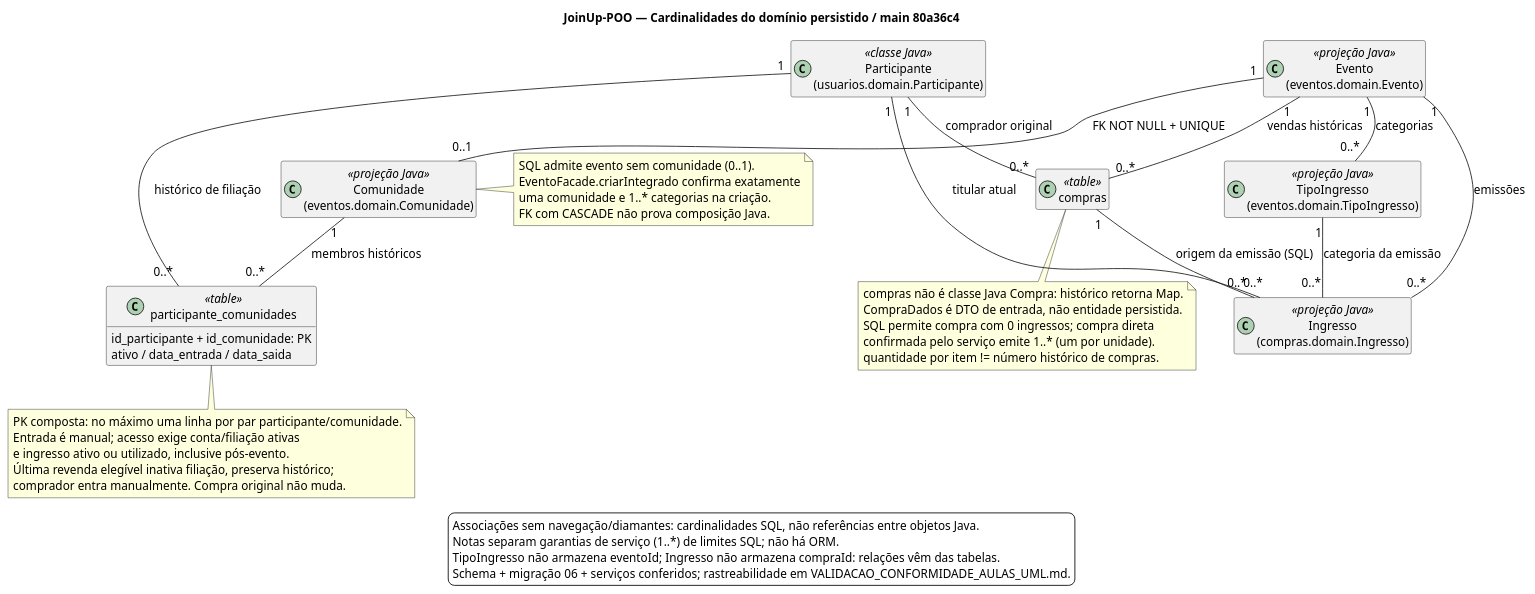
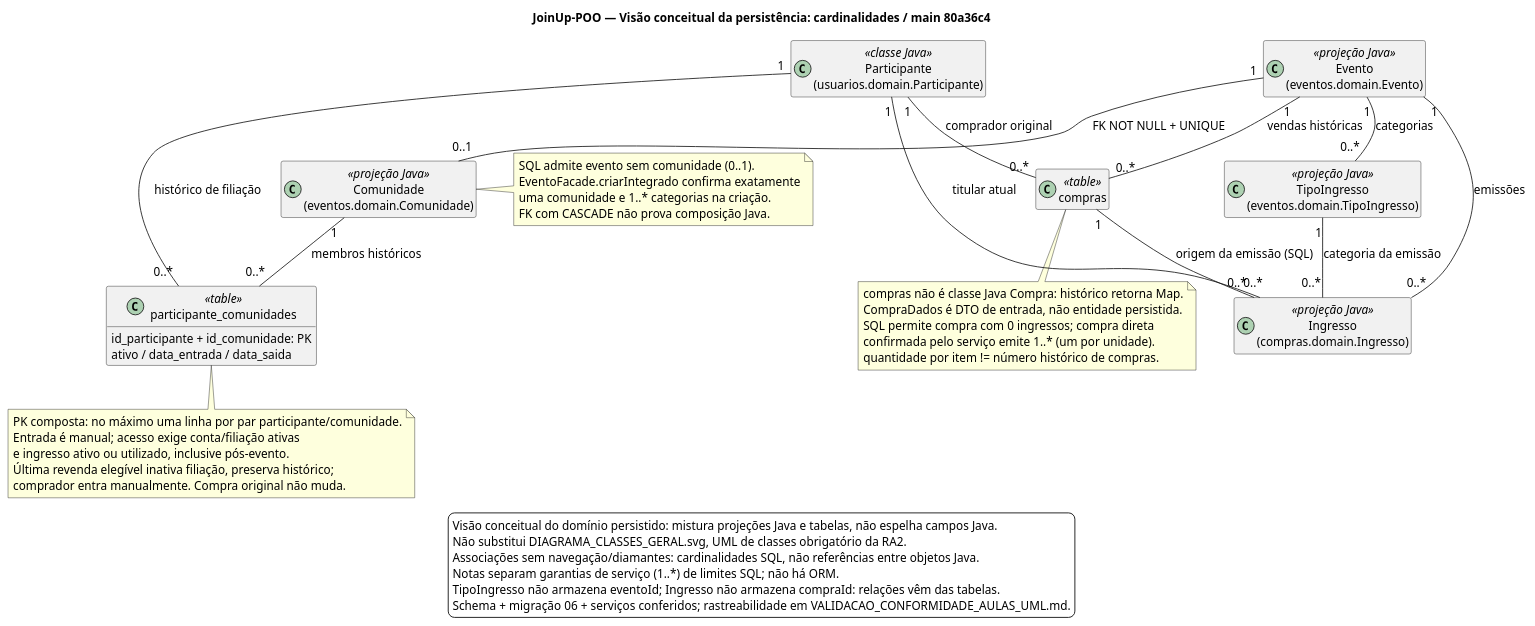
One commit to ericjs-code/JoinUp-POO changed the diagram in docs/ra2/DIAGRAMA_DOMINIO_CARDINALIDADES.puml. Above: the diagram before and after it, drawn with PlantUML. The commit also changed 29 other files, not shown here.

Commit message:
docs: alinha UML a auditoria didatica do PR 11

```diff
--- a/docs/ra2/DIAGRAMA_DOMINIO_CARDINALIDADES.puml
+++ b/docs/ra2/DIAGRAMA_DOMINIO_CARDINALIDADES.puml
@@ -1,65 +1,67 @@
 @startuml
-title JoinUp-POO — Cardinalidades do domínio persistido / main 80a36c4
+title JoinUp-POO — Visão conceitual da persistência: cardinalidades / main 80a36c4
 skinparam shadowing false
 skinparam backgroundColor white
 skinparam defaultFontName Arial
 skinparam defaultFontSize 14
 skinparam classAttributeIconSize 0
 skinparam nodesep 45
 skinparam ranksep 45
 hide empty members
 top to bottom direction
 
 class "Evento\n(eventos.domain.Evento)" as Evento <<projeção Java>>
 class "TipoIngresso\n(eventos.domain.TipoIngresso)" as Tipo <<projeção Java>>
 class "Ingresso\n(compras.domain.Ingresso)" as Ingresso <<projeção Java>>
 class "Participante\n(usuarios.domain.Participante)" as Participante <<classe Java>>
 class "Comunidade\n(eventos.domain.Comunidade)" as Comunidade <<projeção Java>>
 class "compras" as Compra <<table>>
 class "participante_comunidades" as Filiacao <<table>> {
   id_participante + id_comunidade: PK
   ativo / data_entrada / data_saida
 }
 
 Evento "1" -- "0..*" Tipo : categorias
 Evento "1" -- "0..*" Ingresso : emissões
 Evento "1" -- "0..*" Compra : vendas históricas
 Evento "1" -- "0..1" Comunidade : FK NOT NULL + UNIQUE
 Tipo "1" -- "0..*" Ingresso : categoria da emissão
 Participante "1" -- "0..*" Ingresso : titular atual
 Participante "1" -- "0..*" Compra : comprador original
 Compra "1" -- "0..*" Ingresso : origem da emissão (SQL)
 Participante "1" -- "0..*" Filiacao : histórico de filiação
 Comunidade "1" -- "0..*" Filiacao : membros históricos
 
 note right of Comunidade
   SQL admite evento sem comunidade (0..1).
   EventoFacade.criarIntegrado confirma exatamente
   uma comunidade e 1..* categorias na criação.
   FK com CASCADE não prova composição Java.
 end note
 
 note bottom of Compra
   compras não é classe Java Compra: histórico retorna Map.
   CompraDados é DTO de entrada, não entidade persistida.
   SQL permite compra com 0 ingressos; compra direta
   confirmada pelo serviço emite 1..* (um por unidade).
   quantidade por item != número histórico de compras.
 end note
 
 note bottom of Filiacao
   PK composta: no máximo uma linha por par participante/comunidade.
   Entrada é manual; acesso exige conta/filiação ativas
   e ingresso ativo ou utilizado, inclusive pós-evento.
   Última revenda elegível inativa filiação, preserva histórico;
   comprador entra manualmente. Compra original não muda.
 end note
 
 legend bottom
+  Visão conceitual do domínio persistido: mistura projeções Java e tabelas, não espelha campos Java.
+  Não substitui DIAGRAMA_CLASSES_GERAL.svg, UML de classes obrigatório da RA2.
   Associações sem navegação/diamantes: cardinalidades SQL, não referências entre objetos Java.
   '1' vem de FK NOT NULL; '0..*' não exige filhos; '0..1' soma FK e UNIQUE.
   Notas separam garantias de serviço (1..*) de limites SQL; não há ORM.
   TipoIngresso não armazena eventoId; Ingresso não armazena compraId: relações vêm das tabelas.
   Schema + migração 06 + serviços conferidos; rastreabilidade em VALIDACAO_CONFORMIDADE_AULAS_UML.md.
 endlegend
 @enduml
```
